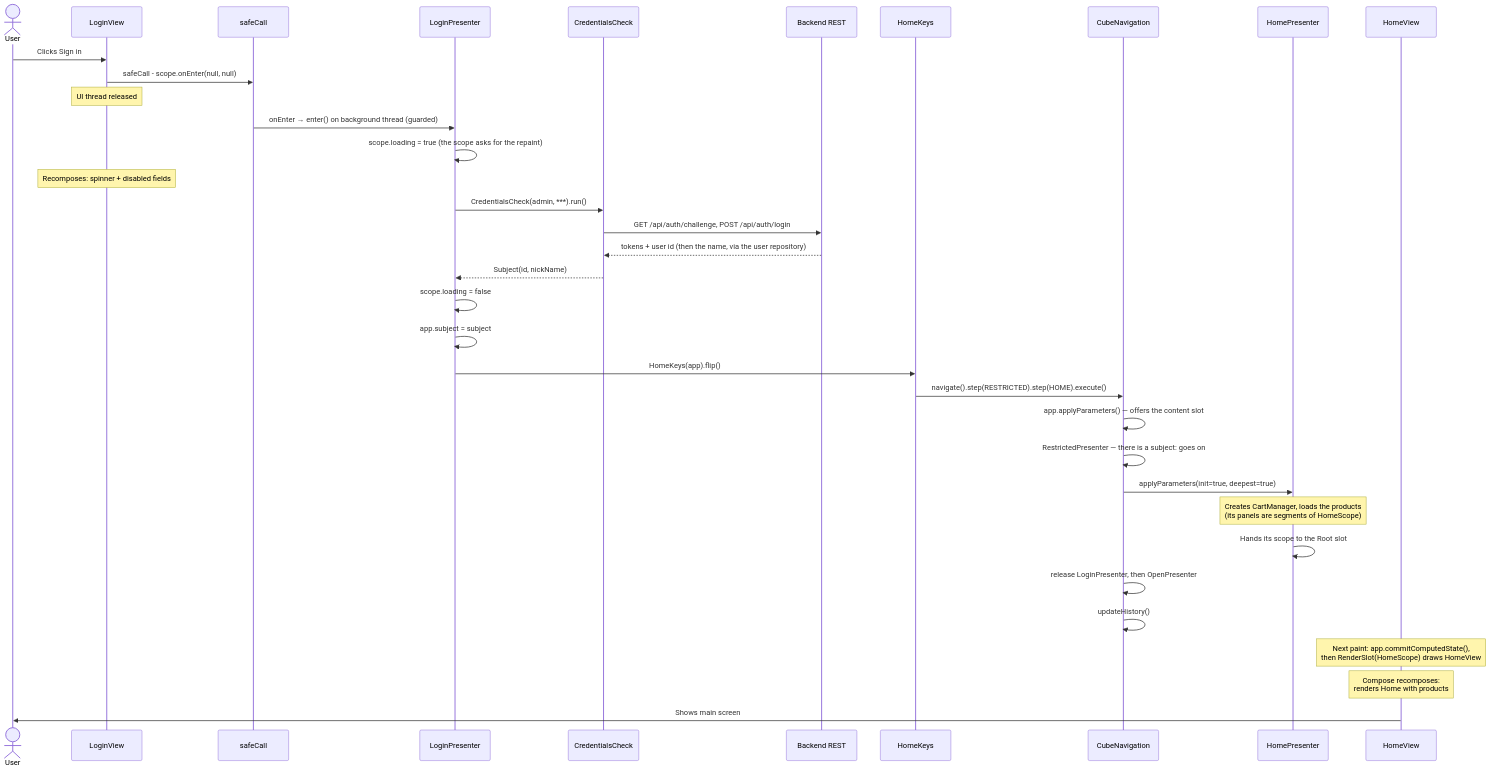
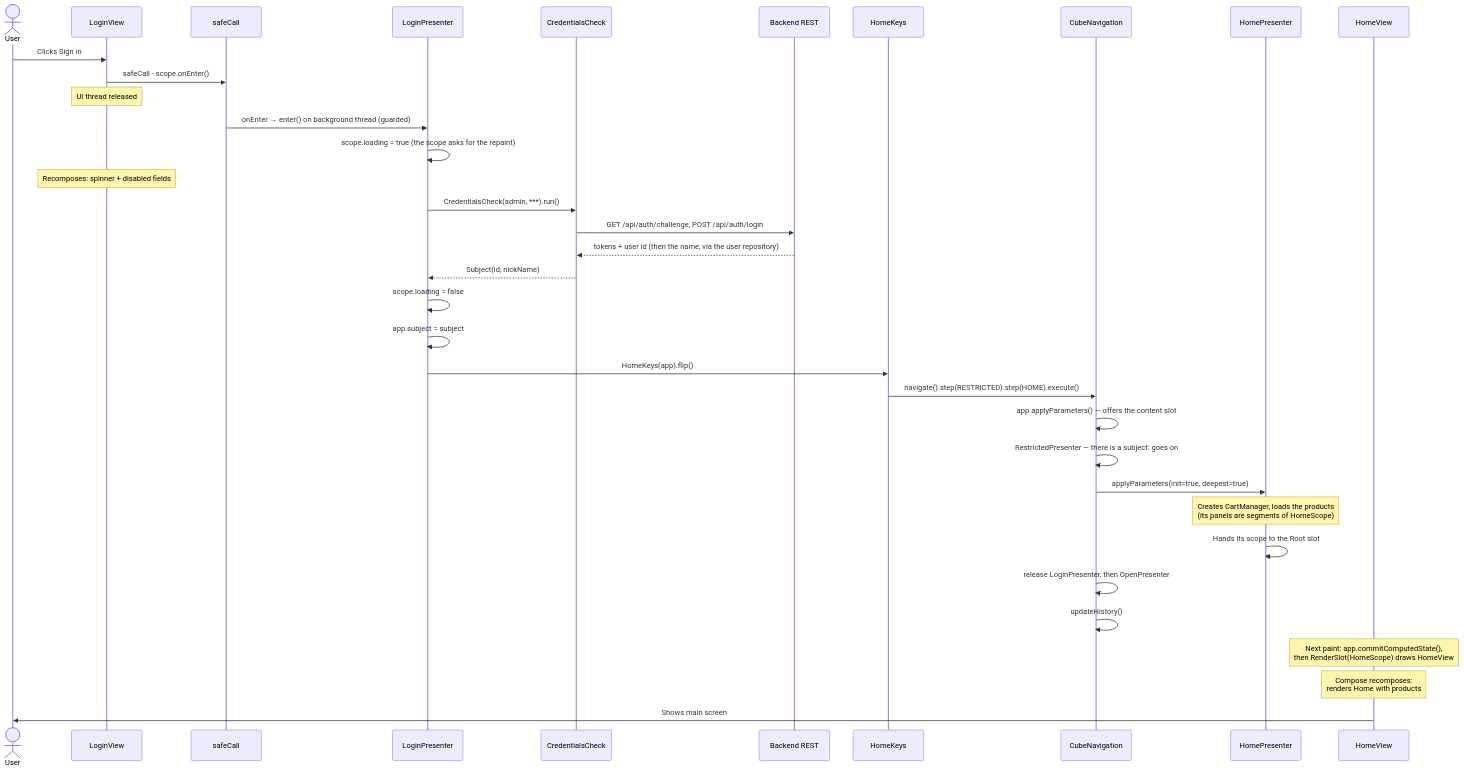
Before and after one commit to mrcdom/wdc-cube-kotlin: the tenth of 10 diagrams in docs/architecture.md, drawn with Mermaid. The commit also changed other lines of this file and 15 other files, not shown here.

````diff
--- a/docs/architecture.md
+++ b/docs/architecture.md
@@ -548,45 +546,45 @@
 ```mermaid
 sequenceDiagram
     actor User as User
     participant LV as LoginView
     participant SC as safeCall
     participant LP as LoginPresenter
     participant LS as CredentialsCheck
     participant API as Backend REST
     participant Keys as HomeKeys
     participant Nav as CubeNavigation
     participant HP as HomePresenter
     participant HV as HomeView
 
     User->>LV: Clicks Sign in
-    LV->>SC: safeCall - scope.onEnter(null, null)
+    LV->>SC: safeCall - scope.onEnter()
     Note over LV: UI thread released
 
     SC->>LP: onEnter → enter() on background thread (guarded)
     LP->>LP: scope.loading = true (the scope asks for the repaint)
     Note over LV: Recomposes: spinner + disabled fields
 
     LP->>LS: CredentialsCheck(admin, ***).run()
     LS->>API: GET /api/auth/challenge, POST /api/auth/login
     API-->>LS: tokens + user id (then the name, via the user repository)
     LS-->>LP: Subject(id, nickName)
 
     LP->>LP: scope.loading = false
     LP->>LP: app.subject = subject
 
     LP->>Keys: HomeKeys(app).flip()
     Keys->>Nav: navigate().step(RESTRICTED).step(HOME).execute()
 
     Nav->>Nav: app.applyParameters() — offers the content slot
     Nav->>Nav: RestrictedPresenter — there is a subject: goes on
     Nav->>HP: applyParameters(init=true, deepest=true)
     Note over HP: Creates CartManager, loads the products<br/>(its panels are segments of HomeScope)
     HP->>HP: Hands its scope to the Root slot
 
     Nav->>Nav: release LoginPresenter, then OpenPresenter
     Nav->>Nav: updateHistory()
     Note over HV: Next paint: app.commitComputedState(),<br/>then RenderSlot(HomeScope) draws HomeView
 
     Note over HV: Compose recomposes:<br/>renders Home with products
     HV->>User: Shows main screen
 ```
````
